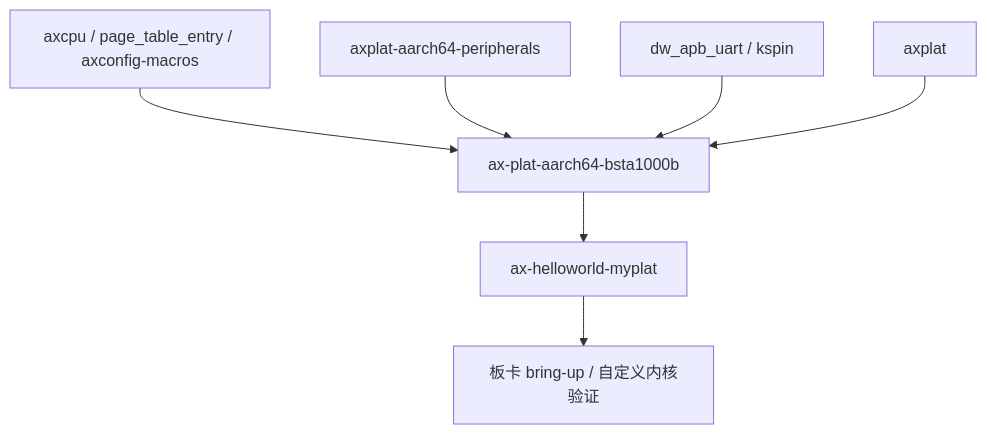
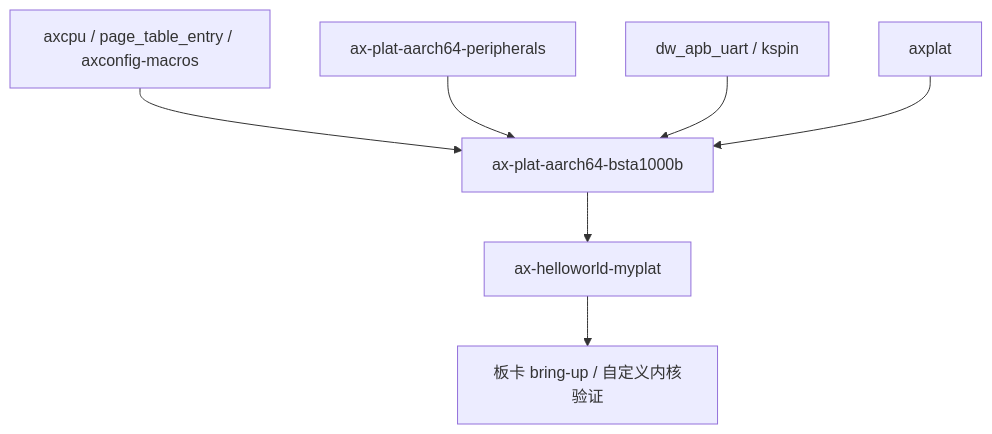
Before and after one commit to zKurisu/tgoskits: the second of 2 diagrams in docs/crates/ax-plat-aarch64-bsta1000b.md, drawn with Mermaid. The commit also changed other lines of this file and 39 other files, not shown here.

Commit message:
rename axplat-aarch64-peripherals to ax-plat-aarch64-peripherals

````diff
--- a/docs/crates/ax-plat-aarch64-bsta1000b.md
+++ b/docs/crates/ax-plat-aarch64-bsta1000b.md
@@ -161,9 +161,9 @@
 ```mermaid
 graph TD
     A[axcpu / page_table_entry / axconfig-macros] --> B[ax-plat-aarch64-bsta1000b]
-    C[axplat-aarch64-peripherals] --> B
+    C[ax-plat-aarch64-peripherals] --> B
     D[dw_apb_uart / kspin] --> B
     E[axplat] --> B
     B --> F[ax-helloworld-myplat]
     F --> G[板卡 bring-up / 自定义内核验证]
 ```
````
